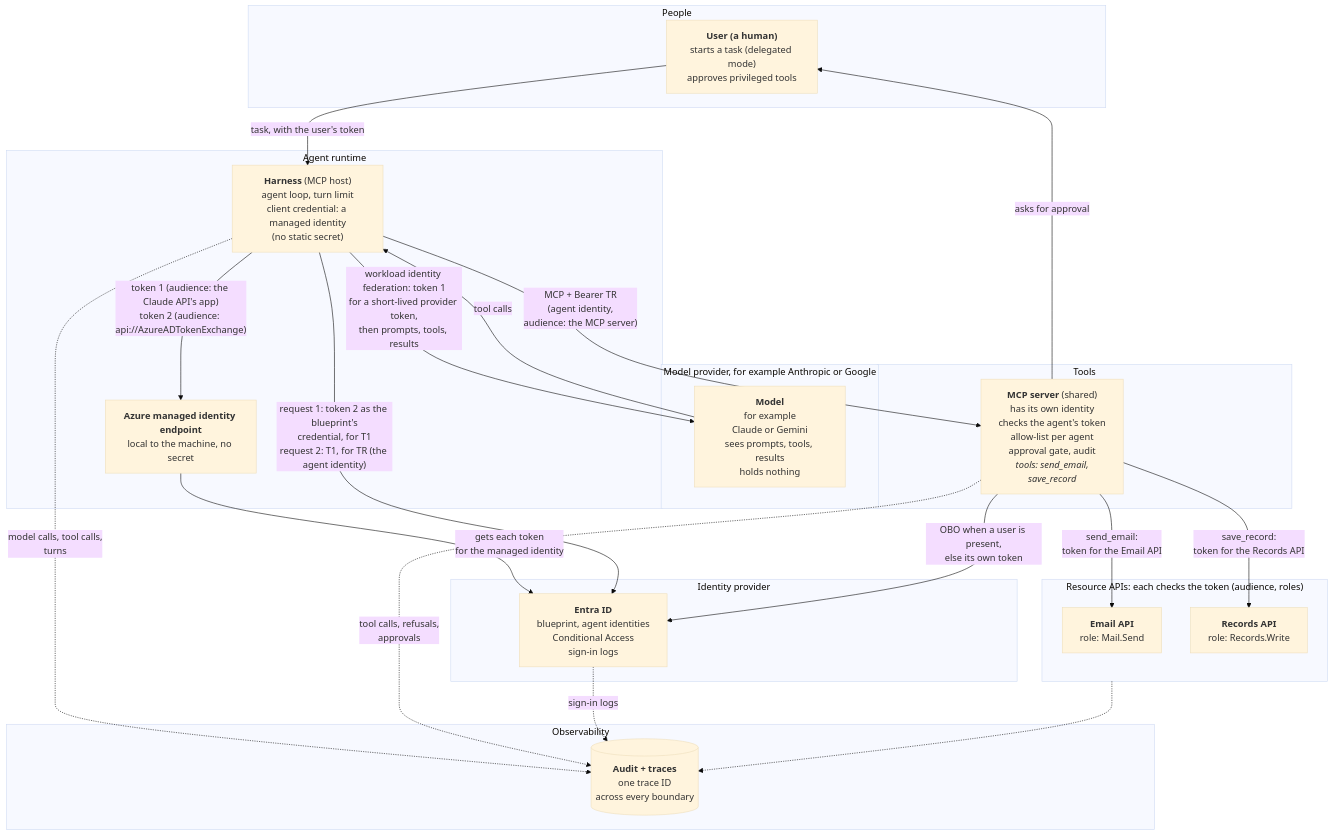
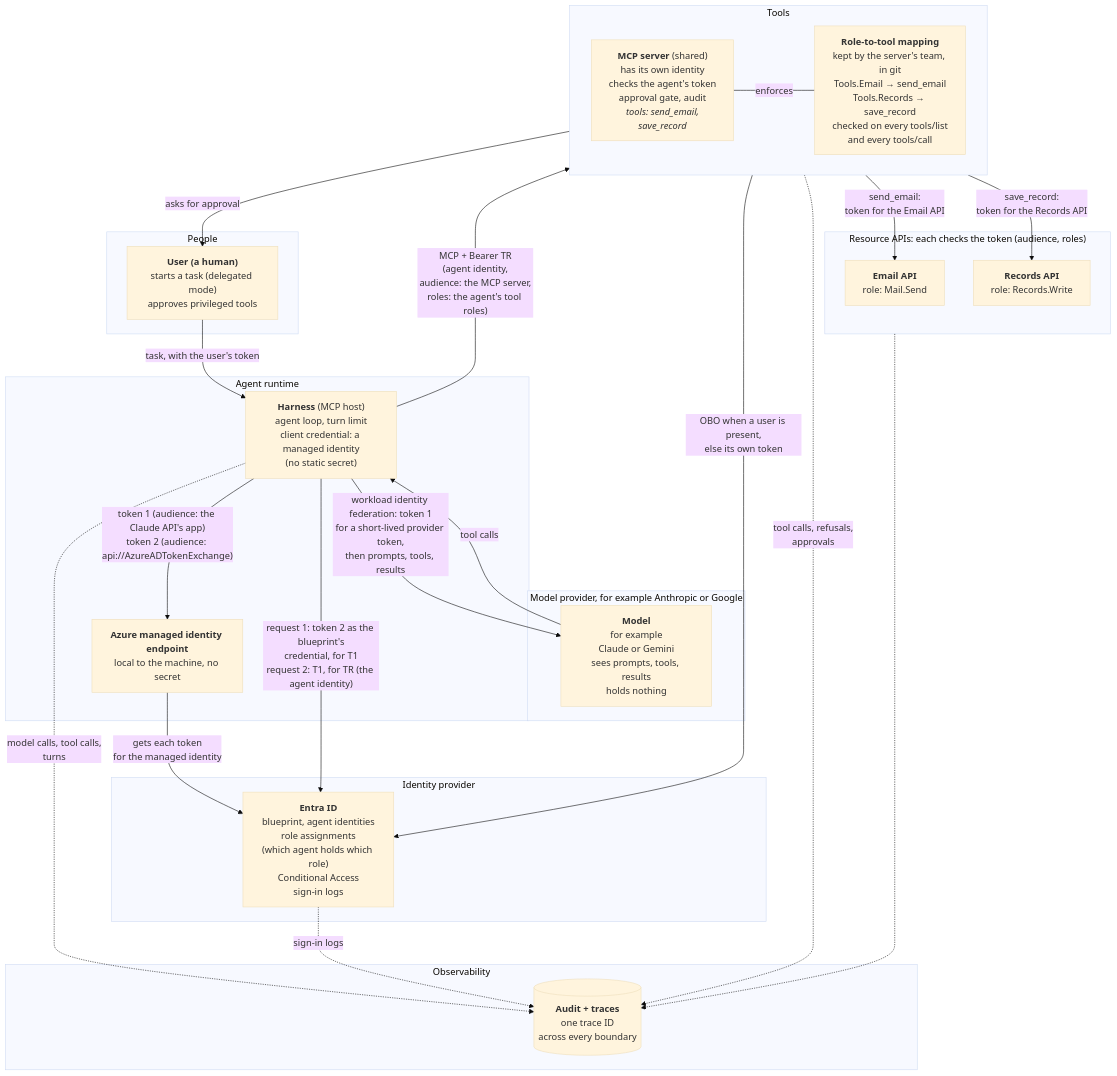
The first of 2 diagrams in docs/agent-architecture.md (alireza-mpr/agent-steward), drawn with Mermaid (base theme) before and after one commit. The commit also changed other lines of this file, not shown here.

First line of the commit message:
docs: the enterprise design shows the MCP server's role-to-tool mapping, checked on tools/list and tools/call

````diff
--- a/docs/agent-architecture.md
+++ b/docs/agent-architecture.md
@@ -58,48 +58,53 @@
 ```mermaid
 flowchart TB
     subgraph PEOPLE["People"]
         USER["<b>User (a human)</b><br/>starts a task (delegated mode)<br/>approves privileged tools"]
     end
 
     subgraph PROVIDER["Model provider, for example Anthropic or Google"]
         MODEL["<b>Model</b><br/>for example<br/>Claude or Gemini<br/>sees prompts, tools, results<br/>holds nothing"]
     end
 
     subgraph RUNTIME["Agent runtime"]
         HARNESS["<b>Harness</b> (MCP host)<br/>agent loop, turn limit<br/>client credential: a managed identity<br/>(no static secret)"]
         MI["<b>Azure managed identity endpoint</b><br/>local to the machine, no secret"]
     end
 
     subgraph GATEWAY["Tools"]
-        MCP["<b>MCP server</b> (shared)<br/>has its own identity<br/>checks the agent's token<br/>allow-list per agent<br/>approval gate, audit<br/><i>tools: send_email,<br/>save_record</i>"]
+        direction LR
+        MCP["<b>MCP server</b> (shared)<br/>has its own identity<br/>checks the agent's token<br/>approval gate, audit<br/><i>tools: send_email,<br/>save_record</i>"]
+        MAP["<b>Role-to-tool mapping</b><br/>kept by the server's team, in git<br/>Tools.Email → send_email<br/>Tools.Records → save_record<br/>checked on every tools/list<br/>and every tools/call"]
+        MCP -- "enforces" --- MAP
     end
 
     subgraph RESOURCES["Resource APIs: each checks the token (audience, roles)"]
         EMAIL["<b>Email API</b><br/>role: Mail.Send"]
         RECORDS["<b>Records API</b><br/>role: Records.Write"]
     end
 
     subgraph IDP["Identity provider"]
-        ENTRA["<b>Entra ID</b><br/>blueprint, agent identities<br/>Conditional Access<br/>sign-in logs"]
+        ENTRA["<b>Entra ID</b><br/>blueprint, agent identities<br/>role assignments<br/>(which agent holds which role)<br/>Conditional Access<br/>sign-in logs"]
     end
 
     subgraph OBS["Observability"]
         LOGS[("<b>Audit + traces</b><br/>one trace ID<br/>across every boundary")]
     end
 
     USER -- "task, with the user's token" --> HARNESS
     HARNESS -- "token 1 (audience: the Claude API's app)<br/>token 2 (audience: api://AzureADTokenExchange)" --> MI
     MI -- "gets each token<br/>for the managed identity" --> ENTRA
     HARNESS -- "workload identity federation: token 1<br/>for a short-lived provider token,<br/>then prompts, tools, results" --> MODEL
     MODEL -- "tool calls" --> HARNESS
     HARNESS -- "request 1: token 2 as the blueprint's<br/>credential, for T1<br/>request 2: T1, for TR (the agent identity)" --> ENTRA
-    HARNESS -- "MCP + Bearer TR<br/>(agent identity,<br/>audience: the MCP server)" --> MCP
-    MCP -- "OBO when a user is present,<br/>else its own token" --> ENTRA
-    MCP -- "send_email:<br/>token for the Email API" --> EMAIL
-    MCP -- "save_record:<br/>token for the Records API" --> RECORDS
-    MCP -- "asks for approval" --> USER
+    %% These links attach to the Tools box, not to the MCP node: Mermaid keeps the box's
+    %% "direction LR" (the two boxes side by side) only when no node inside it links outside.
+    HARNESS -- "MCP + Bearer TR<br/>(agent identity,<br/>audience: the MCP server,<br/>roles: the agent's tool roles)" --> GATEWAY
+    GATEWAY -- "OBO when a user is present,<br/>else its own token" --> ENTRA
+    GATEWAY -- "send_email:<br/>token for the Email API" --> EMAIL
+    GATEWAY -- "save_record:<br/>token for the Records API" --> RECORDS
+    GATEWAY -- "asks for approval" --> USER
     HARNESS -. "model calls, tool calls,<br/>turns" .-> LOGS
-    MCP -. "tool calls, refusals,<br/>approvals" .-> LOGS
+    GATEWAY -. "tool calls, refusals,<br/>approvals" .-> LOGS
     RESOURCES -.-> LOGS
     ENTRA -. "sign-in logs" .-> LOGS
 ```
````
